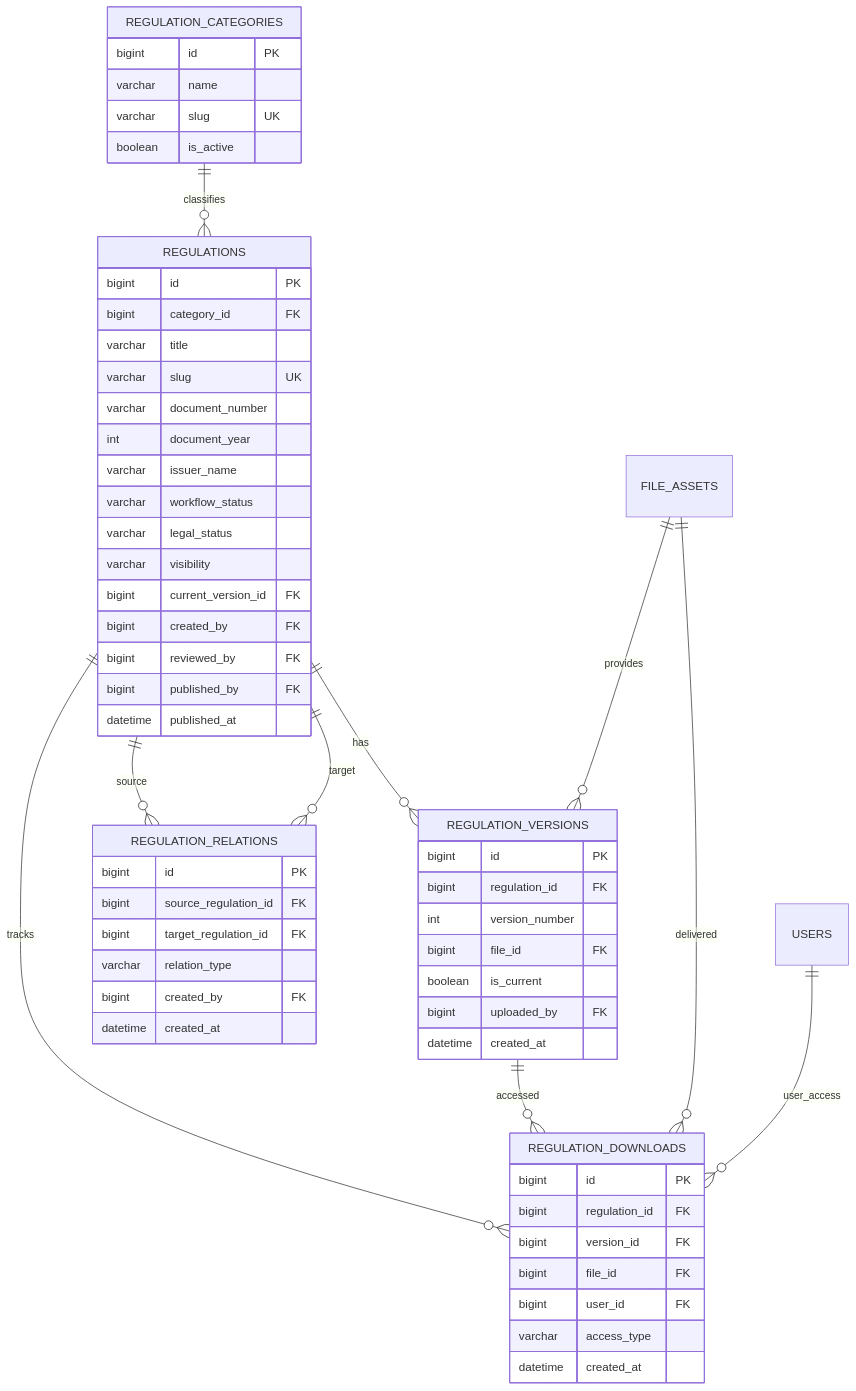
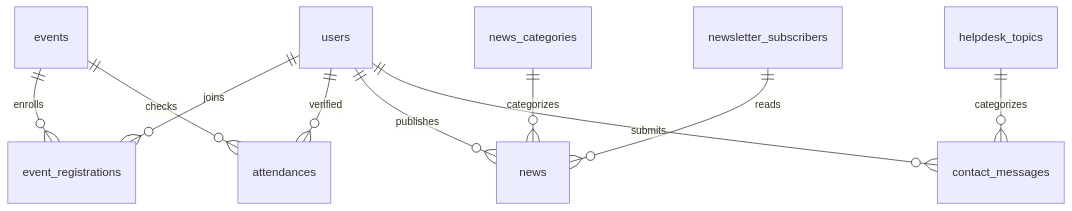
One commit to andiariyandi/begawipengadaan changed the fifth of 9 diagrams in dokumen/database-erd.md. Above: the diagram before and after it, drawn with Mermaid. The commit also changed other lines of this file and 18 other files, not shown here.

````diff
--- a/dokumen/database-erd.md
+++ b/dokumen/database-erd.md
@@ -848,66 +102,12 @@
 ```mermaid
 erDiagram
-    REGULATION_CATEGORIES {
-        bigint id PK
-        varchar name
-        varchar slug UK
-        boolean is_active
-    }
-
-    REGULATIONS {
-        bigint id PK
-        bigint category_id FK
-        varchar title
-        varchar slug UK
-        varchar document_number
-        int document_year
-        varchar issuer_name
-        varchar workflow_status
-        varchar legal_status
-        varchar visibility
-        bigint current_version_id FK
-        bigint created_by FK
-        bigint reviewed_by FK
-        bigint published_by FK
-        datetime published_at
-    }
-
-    REGULATION_VERSIONS {
-        bigint id PK
-        bigint regulation_id FK
-        int version_number
-        bigint file_id FK
-        boolean is_current
-        bigint uploaded_by FK
-        datetime created_at
-    }
-
-    REGULATION_RELATIONS {
-        bigint id PK
-        bigint source_regulation_id FK
-        bigint target_regulation_id FK
-        varchar relation_type
-        bigint created_by FK
-        datetime created_at
-    }
-
-    REGULATION_DOWNLOADS {
-        bigint id PK
-        bigint regulation_id FK
-        bigint version_id FK
-        bigint file_id FK
-        bigint user_id FK
-        varchar access_type
-        datetime created_at
-    }
-
-    REGULATION_CATEGORIES ||--o{ REGULATIONS : classifies
-    REGULATIONS ||--o{ REGULATION_VERSIONS : has
-    FILE_ASSETS ||--o{ REGULATION_VERSIONS : provides
-    REGULATIONS ||--o{ REGULATION_RELATIONS : source
-    REGULATIONS ||--o{ REGULATION_RELATIONS : target
-    REGULATIONS ||--o{ REGULATION_DOWNLOADS : tracks
-    REGULATION_VERSIONS ||--o{ REGULATION_DOWNLOADS : accessed
-    FILE_ASSETS ||--o{ REGULATION_DOWNLOADS : delivered
-    USERS ||--o{ REGULATION_DOWNLOADS : user_access
+    events ||--o{ event_registrations : enrolls
+    users ||--o{ event_registrations : joins
+    events ||--o{ attendances : checks
+    users ||--o{ attendances : verified
+    news_categories ||--o{ news : categorizes
+    users ||--o{ news : publishes
+    users ||--o{ contact_messages : submits
+    helpdesk_topics ||--o{ contact_messages : categorizes
+    newsletter_subscribers ||--o{ news : reads
 ```
````
